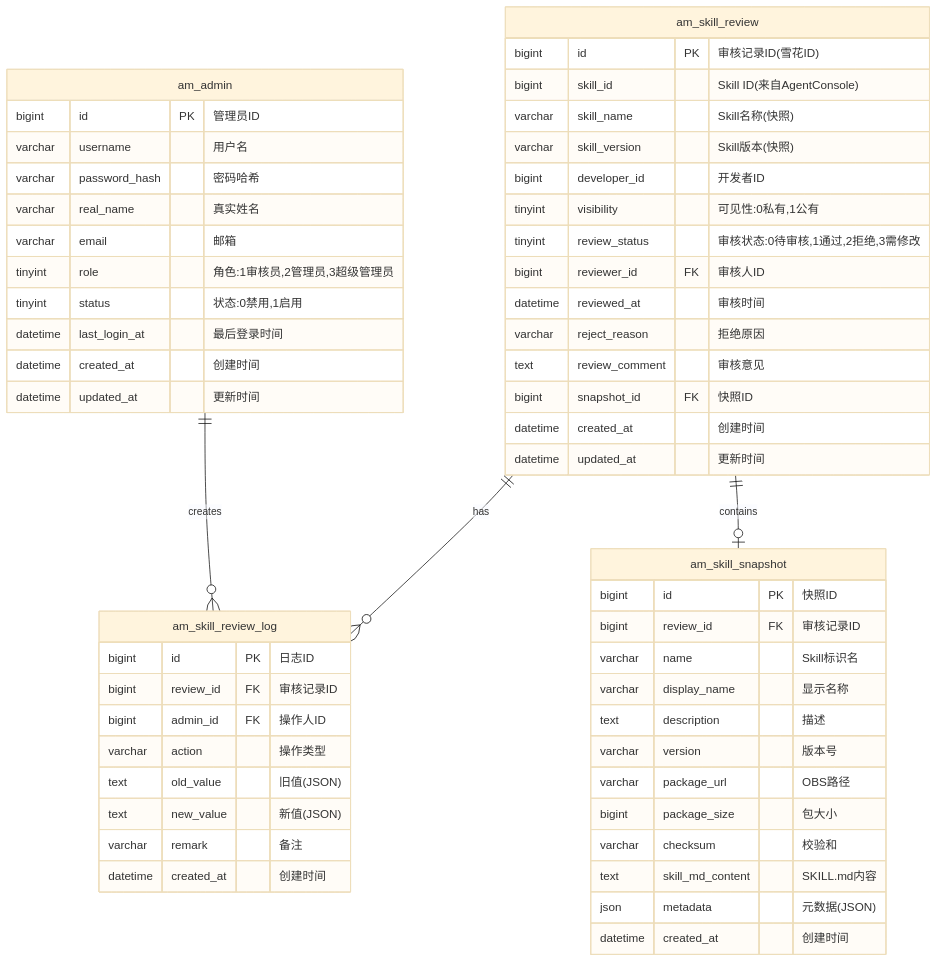
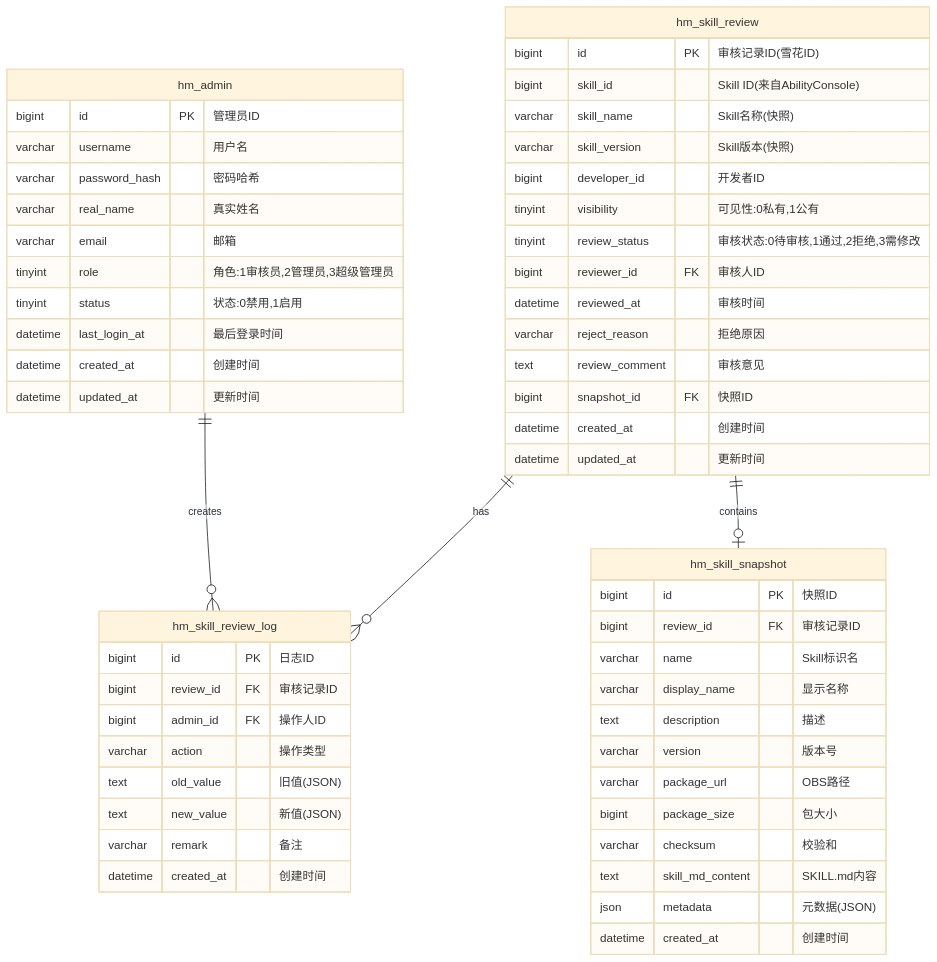
Diagram 19 of 33 in architecture-design.md (jinyule/xiaoyi-skill-mgmt), drawn with Mermaid (base theme) before and after one commit. The commit also changed other lines of this file, not shown here.

````diff
--- a/architecture-design.md
+++ b/architecture-design.md
@@ -753,62 +753,62 @@
 ```mermaid
 erDiagram
-    am_skill_review ||--o{ am_skill_review_log : has
-    am_skill_review ||--o| am_skill_snapshot : contains
-    am_admin ||--o{ am_skill_review_log : creates
+    hm_skill_review ||--o{ hm_skill_review_log : has
+    hm_skill_review ||--o| hm_skill_snapshot : contains
+    hm_admin ||--o{ hm_skill_review_log : creates
 
-    am_skill_review {
+    hm_skill_review {
         bigint id PK "审核记录ID(雪花ID)"
-        bigint skill_id "Skill ID(来自AgentConsole)"
+        bigint skill_id "Skill ID(来自AbilityConsole)"
         varchar skill_name "Skill名称(快照)"
         varchar skill_version "Skill版本(快照)"
         bigint developer_id "开发者ID"
         tinyint visibility "可见性:0私有,1公有"
         tinyint review_status "审核状态:0待审核,1通过,2拒绝,3需修改"
         bigint reviewer_id FK "审核人ID"
         datetime reviewed_at "审核时间"
         varchar reject_reason "拒绝原因"
         text review_comment "审核意见"
         bigint snapshot_id FK "快照ID"
         datetime created_at "创建时间"
         datetime updated_at "更新时间"
     }
 
-    am_skill_review_log {
+    hm_skill_review_log {
         bigint id PK "日志ID"
         bigint review_id FK "审核记录ID"
         bigint admin_id FK "操作人ID"
         varchar action "操作类型"
         text old_value "旧值(JSON)"
         text new_value "新值(JSON)"
         varchar remark "备注"
         datetime created_at "创建时间"
     }
 
-    am_skill_snapshot {
+    hm_skill_snapshot {
         bigint id PK "快照ID"
         bigint review_id FK "审核记录ID"
         varchar name "Skill标识名"
         varchar display_name "显示名称"
         text description "描述"
         varchar version "版本号"
         varchar package_url "OBS路径"
         bigint package_size "包大小"
         varchar checksum "校验和"
         text skill_md_content "SKILL.md内容"
         json metadata "元数据(JSON)"
         datetime created_at "创建时间"
     }
 
-    am_admin {
+    hm_admin {
         bigint id PK "管理员ID"
         varchar username "用户名"
         varchar password_hash "密码哈希"
         varchar real_name "真实姓名"
         varchar email "邮箱"
         tinyint role "角色:1审核员,2管理员,3超级管理员"
         tinyint status "状态:0禁用,1启用"
         datetime last_login_at "最后登录时间"
         datetime created_at "创建时间"
         datetime updated_at "更新时间"
     }
 ```
````
